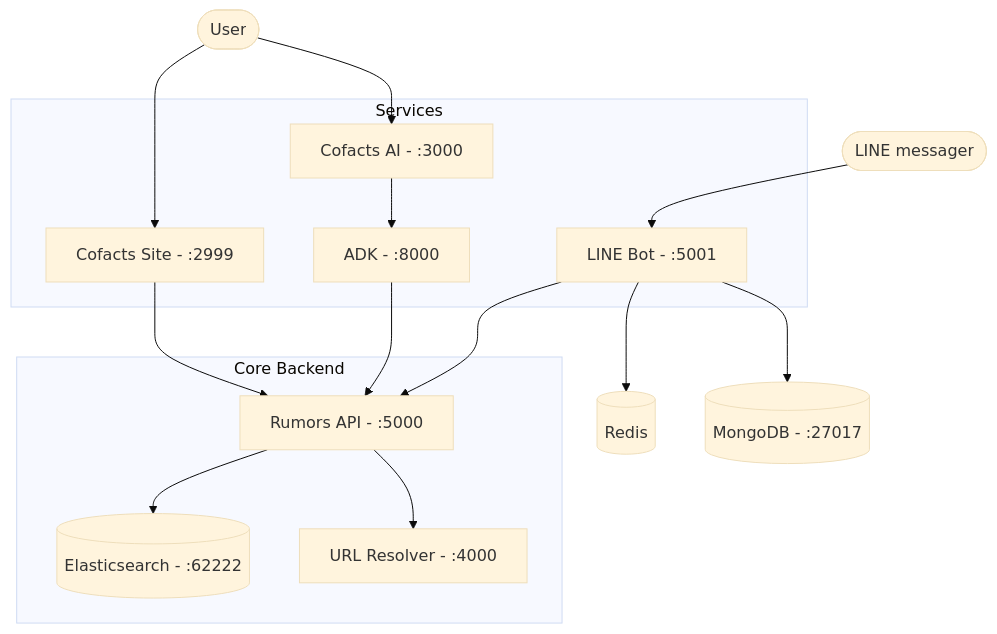
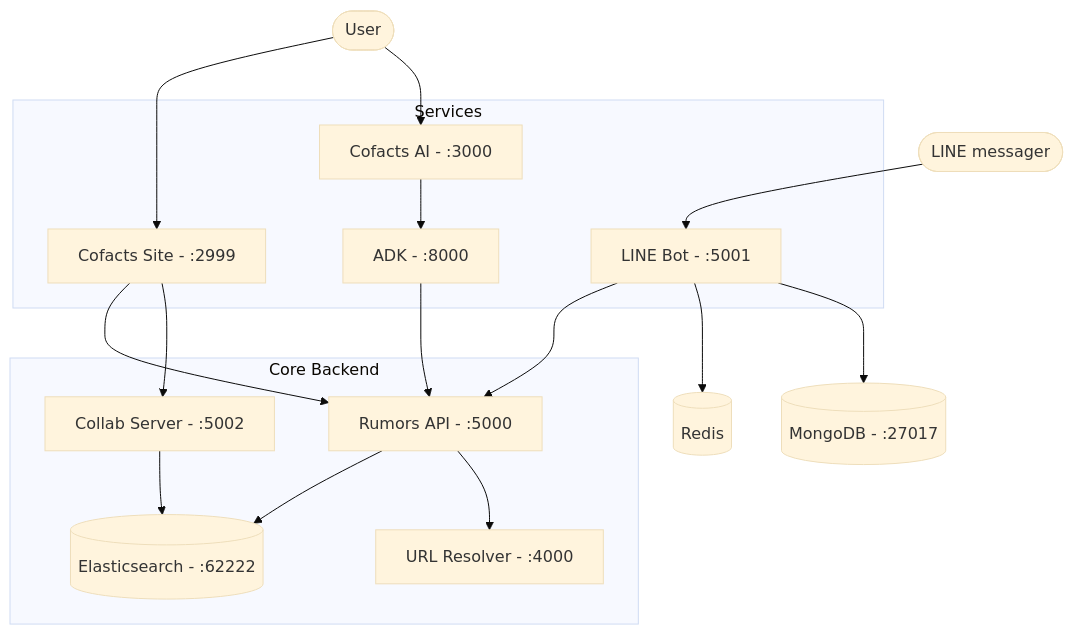
The diagram in README.md (cofacts/rumors-deploy), drawn with Mermaid (base theme) before and after one commit. The commit also changed other lines of this file and 2 other files, not shown here.

Commit message:
feat: add collab-server service to docker-compose
Adds the collab-server collaboration backend to the local deployment blueprint.
Included the appropriate environment variables file for the service.
Updated README.md architecture diagram and repository list to reflect the addition.

````diff
--- a/README.md
+++ b/README.md
@@ -16,36 +16,39 @@
 ```mermaid
 graph TD
     User([User])
     BotUser([LINE messager])
 
     subgraph UI ["Services"]
         site[Cofacts Site - :2999]
         site_ai[Cofacts AI - :3000]
         bot[LINE Bot - :5001]
         adk[ADK - :8000]
     end
 
     subgraph Backend ["Core Backend"]
         api[Rumors API - :5000]
+        collab[Collab Server - :5002]
         db[(Elasticsearch - :62222)]
         url[URL Resolver - :4000]
     end
 
     mongo[(MongoDB - :27017)]
     redis[(Redis)]
 
     User --> site
     User --> site_ai
     BotUser --> bot
 
     site --> api
+    site --> collab
     site_ai --> adk
     bot --> api
     bot --> redis
     bot --> mongo
 
     adk --> api
 
     api --> db
     api --> url
+    collab --> db
 ```
````
